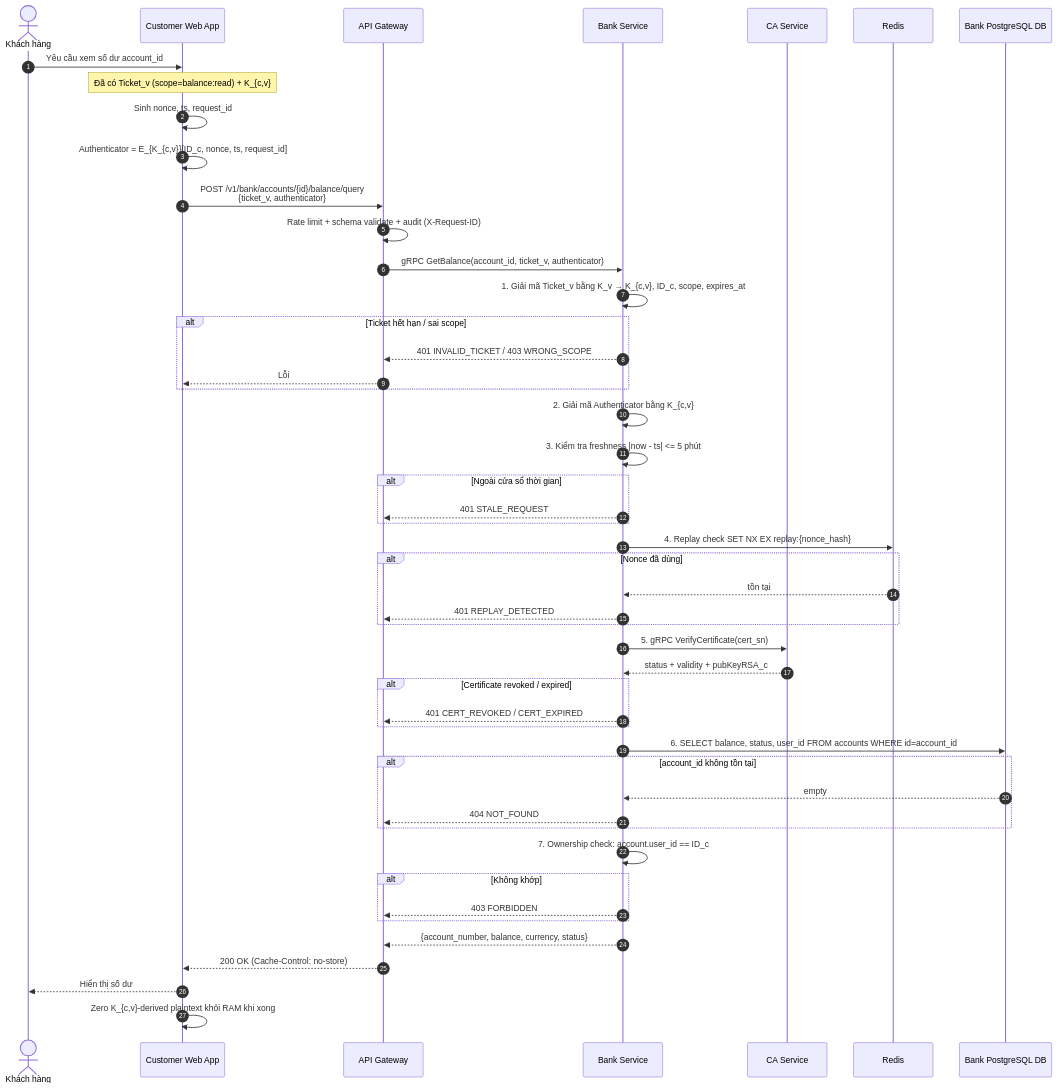
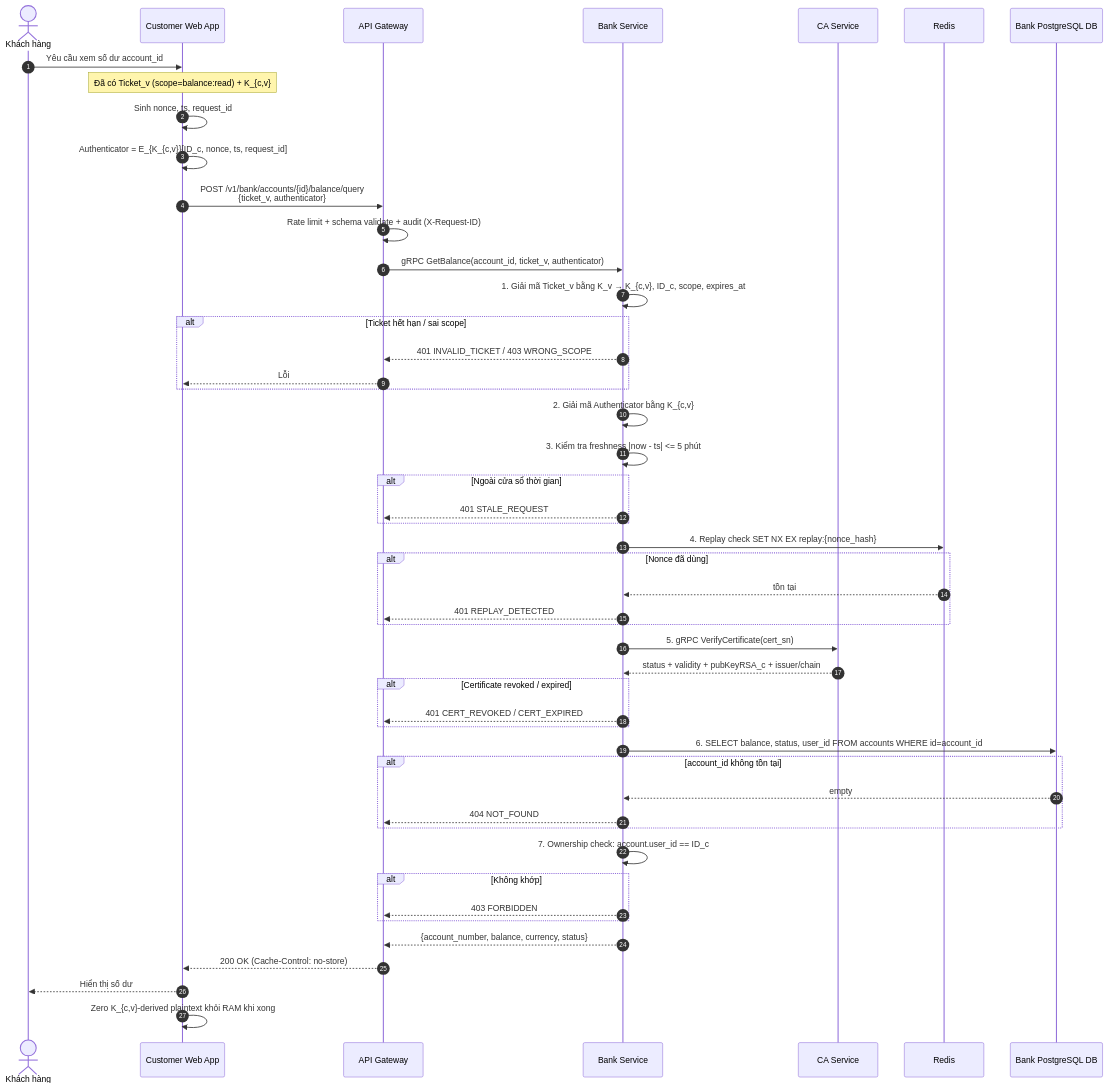
The first of 4 diagrams in mini-banking-app/frontend/src/services/bank/history/history-flow.md (TNTT2305hcmus/mini-banking-app), drawn with Mermaid before and after one commit. The commit also changed other lines of this file and 38 other files, not shown here.

````diff
--- a/mini-banking-app/frontend/src/services/bank/history/history-flow.md
+++ b/mini-banking-app/frontend/src/services/bank/history/history-flow.md
@@ -36,61 +36,61 @@
 ```mermaid
 sequenceDiagram
     autonumber
     actor C as Khách hàng
     participant Web as Customer Web App
     participant G as API Gateway
     participant B as Bank Service
     participant CA as CA Service
     participant R as Redis
     participant DB as Bank PostgreSQL DB
 
     C->>Web: Yêu cầu xem số dư account_id
 
     Note over Web: Đã có Ticket_v (scope=balance:read) + K_{c,v}
     Web->>Web: Sinh nonce, ts, request_id
     Web->>Web: Authenticator = E_{K_{c,v}}[ID_c, nonce, ts, request_id]
 
     Web->>G: POST /v1/bank/accounts/{id}/balance/query<br/>{ticket_v, authenticator}
     G->>G: Rate limit + schema validate + audit (X-Request-ID)
     G->>B: gRPC GetBalance(account_id, ticket_v, authenticator)
 
     B->>B: 1. Giải mã Ticket_v bằng K_v → K_{c,v}, ID_c, scope, expires_at
     alt Ticket hết hạn / sai scope
         B-->>G: 401 INVALID_TICKET / 403 WRONG_SCOPE
         G-->>Web: Lỗi
     end
 
     B->>B: 2. Giải mã Authenticator bằng K_{c,v}
     B->>B: 3. Kiểm tra freshness |now - ts| <= 5 phút
     alt Ngoài cửa sổ thời gian
         B-->>G: 401 STALE_REQUEST
     end
 
     B->>R: 4. Replay check SET NX EX replay:{nonce_hash}
     alt Nonce đã dùng
         R-->>B: tồn tại
         B-->>G: 401 REPLAY_DETECTED
     end
 
     B->>CA: 5. gRPC VerifyCertificate(cert_sn)
-    CA-->>B: status + validity + pubKeyRSA_c
+    CA-->>B: status + validity + pubKeyRSA_c + issuer/chain
     alt Certificate revoked / expired
         B-->>G: 401 CERT_REVOKED / CERT_EXPIRED
     end
 
     B->>DB: 6. SELECT balance, status, user_id FROM accounts WHERE id=account_id
     alt account_id không tồn tại
         DB-->>B: empty
         B-->>G: 404 NOT_FOUND
     end
 
     B->>B: 7. Ownership check: account.user_id == ID_c
     alt Không khớp
         B-->>G: 403 FORBIDDEN
     end
 
     B-->>G: {account_number, balance, currency, status}
     G-->>Web: 200 OK (Cache-Control: no-store)
     Web-->>C: Hiển thị số dư
     Web->>Web: Zero K_{c,v}-derived plaintext khỏi RAM khi xong
 ```
````
